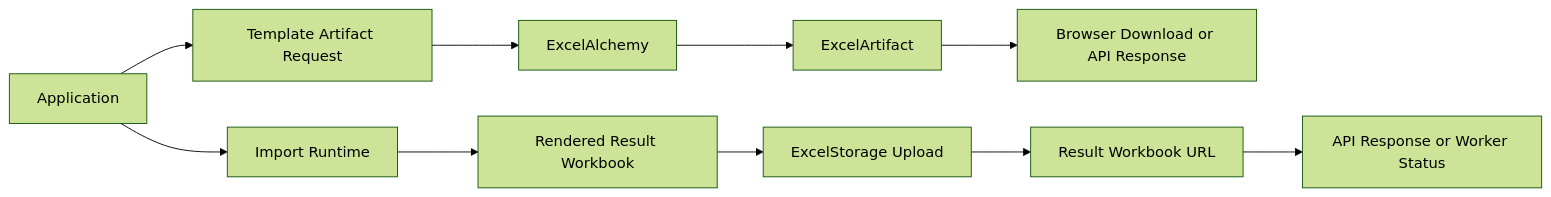
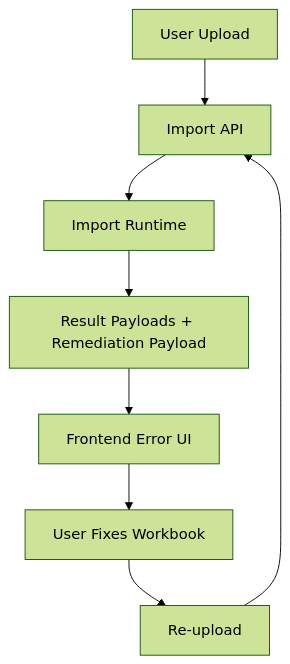
The third of 3 diagrams in docs/integration-blueprints.md (RayCarterLab/ExcelAlchemy), drawn with Mermaid (forest theme) before and after one commit. The commit also changed other lines of this file and 26 other files, not shown here.

````diff
--- a/docs/integration-blueprints.md
+++ b/docs/integration-blueprints.md
@@ -146,13 +230,12 @@
 ```mermaid
-flowchart LR
-    A[Application] --> T[Template Artifact Request]
-    T --> EA[ExcelAlchemy]
-    EA --> TA[ExcelArtifact]
-    TA --> DL[Browser Download or API Response]
+flowchart TD
+    U[User Upload]
+    A[Import API]
+    I[Import Runtime]
+    RP[Result Payloads + Remediation Payload]
+    F[Frontend Error UI]
+    X[User Fixes Workbook]
+    R[Re-upload]
 
-    A --> I[Import Runtime]
-    I --> RW[Rendered Result Workbook]
-    RW --> ST[ExcelStorage Upload]
-    ST --> URL[Result Workbook URL]
-    URL --> API[API Response or Worker Status]
+    U --> A --> I --> RP --> F --> X --> R --> A
 ```
````
